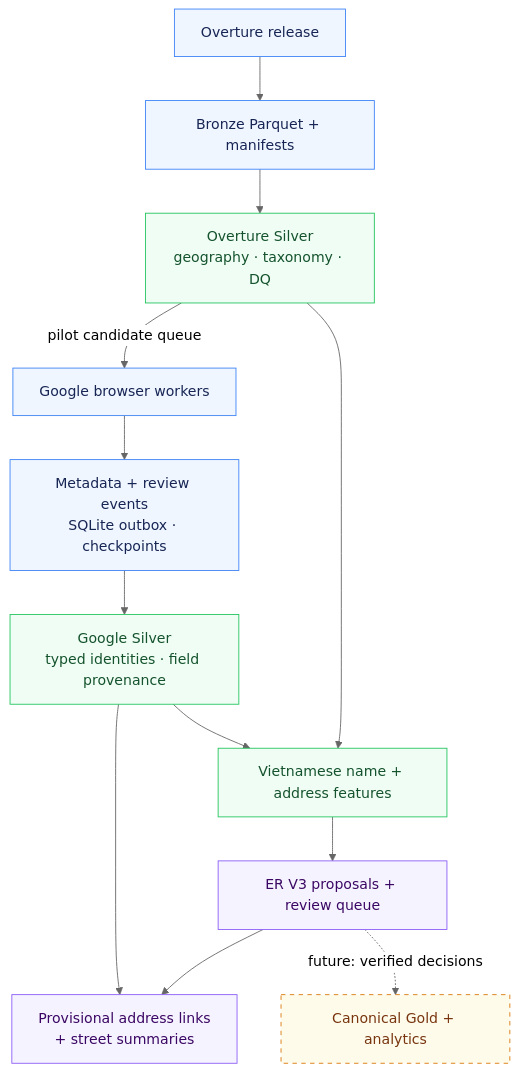
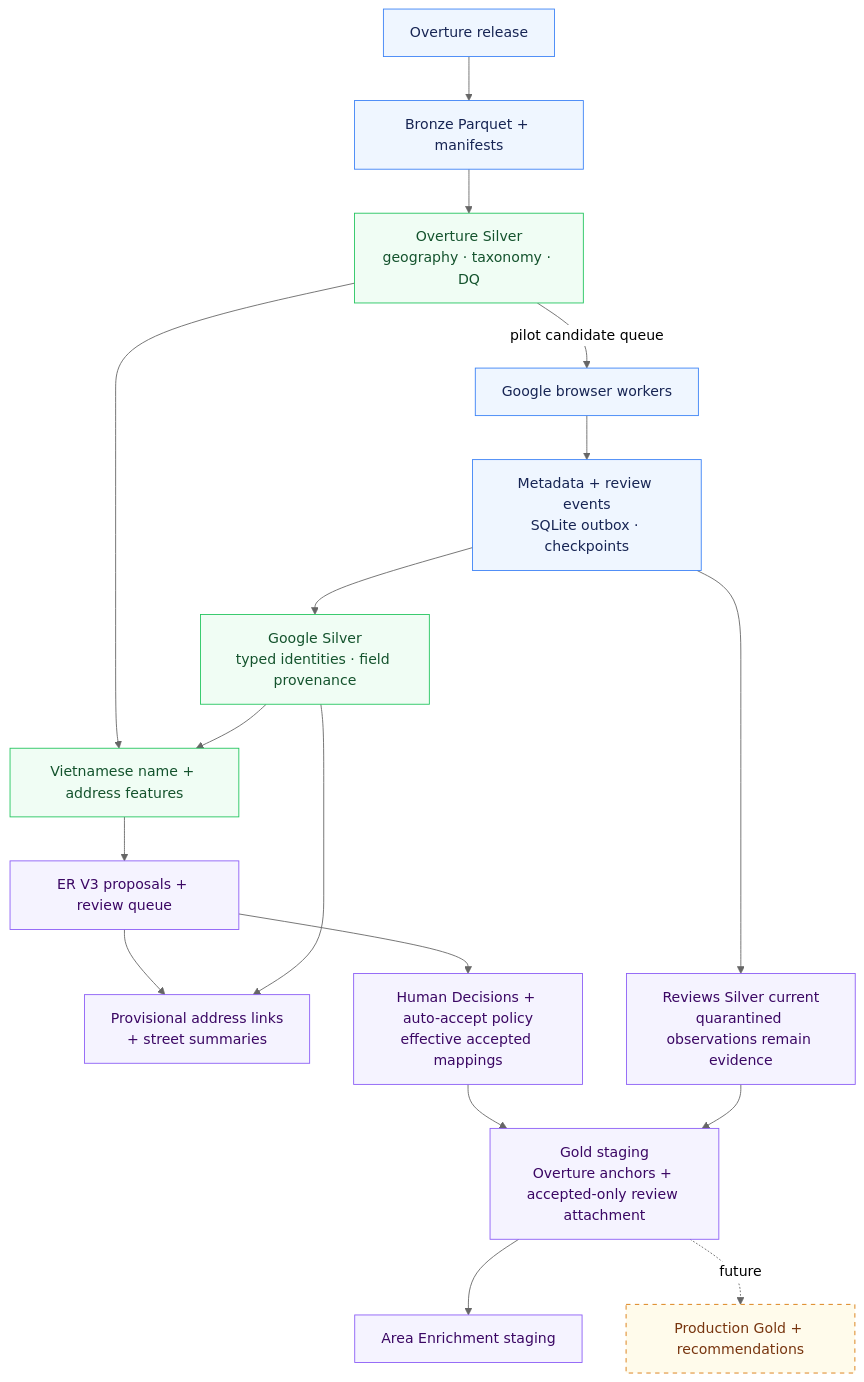
The diagram in README.md (hoamgh/fnb-data-platform), drawn with Mermaid (neutral theme) before and after one commit. The commit also changed other lines of this file and 3 other files, not shown here.

````diff
--- a/README.md
+++ b/README.md
@@ -37,22 +37,27 @@
 ```mermaid
 flowchart TB
     O["Overture release"] --> B["Bronze Parquet + manifests"]
     B --> S["Overture Silver<br/>geography · taxonomy · DQ"]
     S -->|"pilot candidate queue"| C["Google browser workers"]
     C --> R["Metadata + review events<br/>SQLite outbox · checkpoints"]
     R --> G["Google Silver<br/>typed identities · field provenance"]
     S --> F["Vietnamese name + address features"]
     G --> F
     F --> E["ER V3 proposals + review queue"]
     E --> A["Provisional address links<br/>+ street summaries"]
     G --> A
-    E -. "future: verified decisions" .-> T["Canonical Gold + analytics"]
+    E --> H["Human Decisions + auto-accept policy<br/>effective accepted mappings"]
+    R --> V["Reviews Silver current<br/>quarantined observations remain evidence"]
+    H --> T["Gold staging<br/>Overture anchors + accepted-only review attachment"]
+    V --> T
+    T --> W["Area Enrichment staging"]
+    T -. "future" .-> P["Production Gold + recommendations"]
     classDef source fill:#eff6ff,stroke:#3b82f6,color:#172554;
     classDef process fill:#f0fdf4,stroke:#22c55e,color:#14532d;
     classDef product fill:#f5f3ff,stroke:#8b5cf6,color:#3b0764;
     classDef future fill:#fffbeb,stroke:#d97706,color:#78350f,stroke-dasharray:5 5;
     class O,B,C,R source;
     class S,G,F process;
-    class E,A product;
-    class T future;
+    class E,A,H,V,T,W product;
+    class P future;
 ```
````
